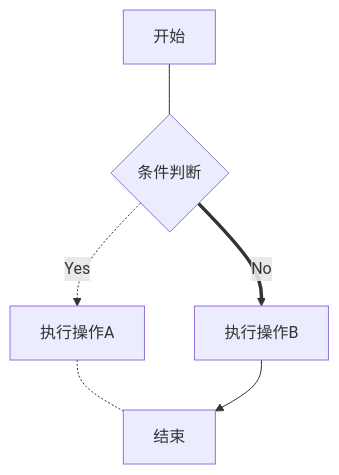
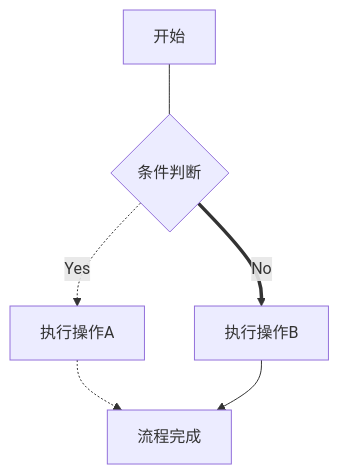
One commit to placeholder-208/Notes changed the diagram in _notes/my-notes/First file by Markdown.md. Above: the diagram before and after it, drawn with Mermaid. The commit also changed other lines of this file and 3 other files, not shown here.

````diff
--- a/_notes/my-notes/First file by Markdown.md
+++ b/_notes/my-notes/First file by Markdown.md
@@ -231,8 +237,8 @@
 ```mermaid
 graph TD
     A[开始] --- B{条件判断}
     B -.->|Yes| C[执行操作A]
     B ==>|No| D[执行操作B]
-    C -.- E[结束]
-    D --> E
-```   
+    C -.-> F[流程完成]
+    D --> F
+```
````
